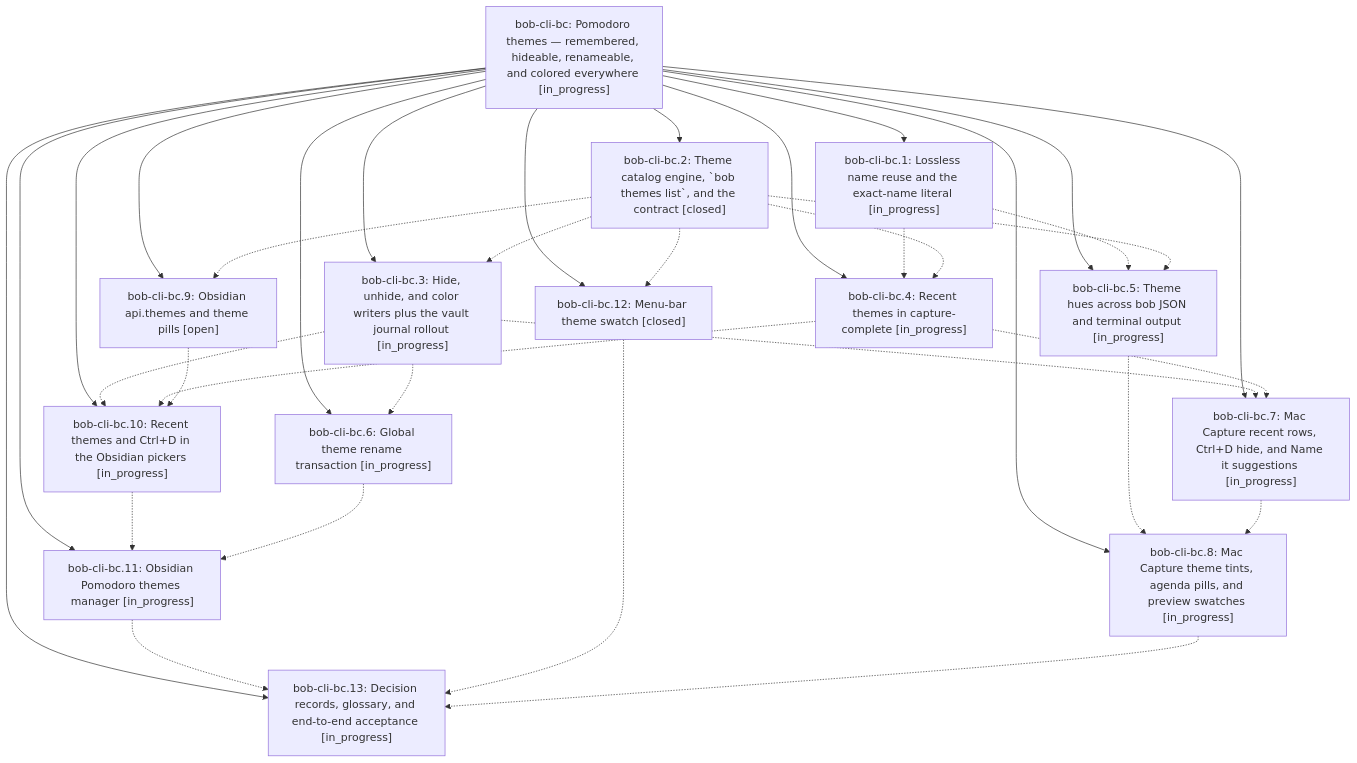
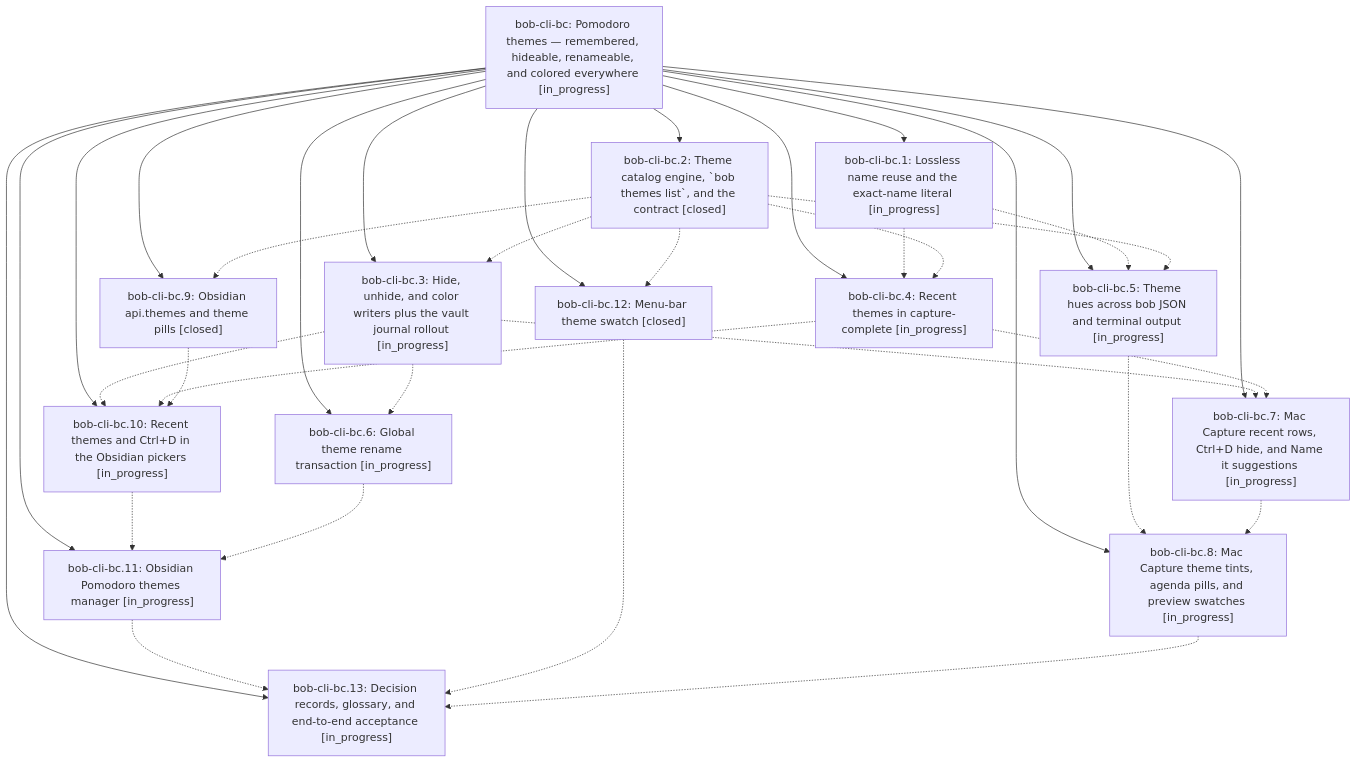
The diagram in pages/bob-cli-bc/README.md (bobs-org/bob-cli--beads), drawn with Mermaid before and after one commit. The commit also changed other lines of this file and 4 other files, not shown here.

First line of the commit message:
chore(beads): sync bead state and pages for bob-cli-bc

````diff
--- a/pages/bob-cli-bc/README.md
+++ b/pages/bob-cli-bc/README.md
@@ -46,50 +46,50 @@
 ```mermaid
 flowchart TD
     n0["bob-cli-bc: Pomodoro themes — remembered, hideable, renameable, and colored everywhere [in_progress]"]
     n1["bob-cli-bc.1: Lossless name reuse and the exact-name literal [in_progress]"]
     n2["bob-cli-bc.10: Recent themes and Ctrl+D in the Obsidian pickers [in_progress]"]
     n3["bob-cli-bc.11: Obsidian Pomodoro themes manager [in_progress]"]
     n4["bob-cli-bc.12: Menu-bar theme swatch [closed]"]
     n5["bob-cli-bc.13: Decision records, glossary, and end-to-end acceptance [in_progress]"]
     n6["bob-cli-bc.2: Theme catalog engine, `bob themes list`, and the contract [closed]"]
     n7["bob-cli-bc.3: Hide, unhide, and color writers plus the vault journal rollout [in_progress]"]
     n8["bob-cli-bc.4: Recent themes in capture-complete [in_progress]"]
     n9["bob-cli-bc.5: Theme hues across bob JSON and terminal output [in_progress]"]
     n10["bob-cli-bc.6: Global theme rename transaction [in_progress]"]
     n11["bob-cli-bc.7: Mac Capture recent rows, Ctrl+D hide, and Name it suggestions [in_progress]"]
     n12["bob-cli-bc.8: Mac Capture theme tints, agenda pills, and preview swatches [in_progress]"]
-    n13["bob-cli-bc.9: Obsidian api.themes and theme pills [open]"]
+    n13["bob-cli-bc.9: Obsidian api.themes and theme pills [closed]"]
     n0 --> n1
     n0 --> n2
     n0 --> n3
     n0 --> n4
     n0 --> n5
     n0 --> n6
     n0 --> n7
     n0 --> n8
     n0 --> n9
     n0 --> n10
     n0 --> n11
     n0 --> n12
     n0 --> n13
     n1 -.-> n8
     n1 -.-> n9
     n2 -.-> n3
     n3 -.-> n5
     n4 -.-> n5
     n6 -.-> n4
     n6 -.-> n7
     n6 -.-> n8
     n6 -.-> n9
     n6 -.-> n13
     n7 -.-> n2
     n7 -.-> n10
     n7 -.-> n11
     n8 -.-> n2
     n8 -.-> n11
     n9 -.-> n12
     n10 -.-> n3
     n11 -.-> n12
     n12 -.-> n5
     n13 -.-> n2
 ```
````
